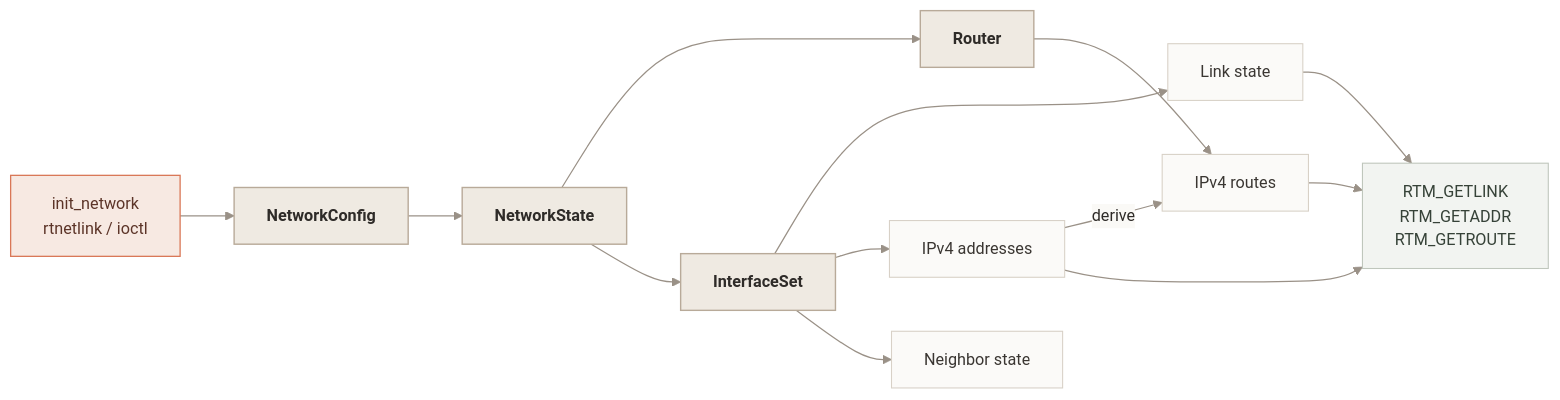
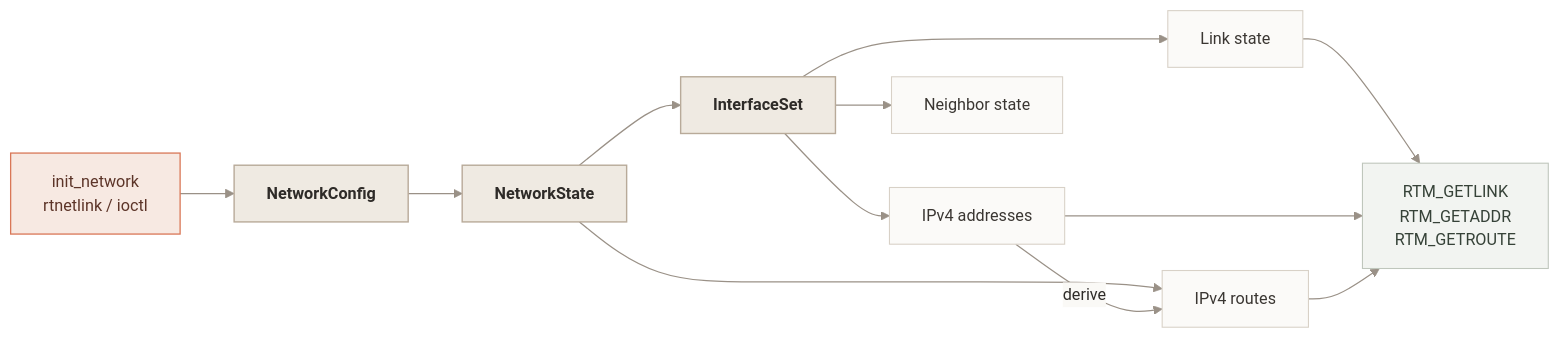
One commit to edidada/x-kernel changed the fourth of 5 diagrams in net/knet/docs/design.md. Above: the diagram before and after it, drawn with Mermaid. The commit also changed other lines of this file and 1 other file, not shown here.

````diff
--- a/net/knet/docs/design.md
+++ b/net/knet/docs/design.md
@@ -512,57 +453,56 @@
 ```mermaid
 %%{init: {
   "theme": "base",
   "themeVariables": {
     "fontFamily": "Inter, ui-sans-serif, system-ui, sans-serif",
     "fontSize": "15px",
     "background": "#FAF9F6",
     "primaryColor": "#F5F2EC",
     "primaryBorderColor": "#CFC8BD",
     "primaryTextColor": "#2E2B28",
     "lineColor": "#9A9187",
     "edgeLabelBackground": "#FAF9F6"
   }
 }}%%
 
 flowchart LR
 
     CONFIG["init_network<br/>rtnetlink / ioctl"]
     SERVICE["NetworkConfig"]
-    ROUTER["Router"]
-    IO["NetworkState"]
+    ROUTER["NetworkState"]
     INTERFACES["InterfaceSet"]
 
     LINK["Link state"]
     ADDR["IPv4 addresses"]
     ROUTE["IPv4 routes"]
     NEIGH["Neighbor state"]
 
     QUERY["RTM_GETLINK<br/>RTM_GETADDR<br/>RTM_GETROUTE"]
 
     CONFIG --> SERVICE
-    SERVICE --> IO
-    IO --> ROUTER & INTERFACES
+    SERVICE --> ROUTER
+    ROUTER --> INTERFACES
 
     INTERFACES --> LINK
     INTERFACES --> ADDR
     ROUTER --> ROUTE
     INTERFACES --> NEIGH
 
     ADDR -->|"derive"| ROUTE
 
     LINK --> QUERY
     ADDR --> QUERY
     ROUTE --> QUERY
 
     classDef entry fill:#F7E9E2,stroke:#D97757,stroke-width:1.2px,color:#5C3428;
     classDef core fill:#EFEAE2,stroke:#B8AA99,stroke-width:1.3px,color:#2E2B28,font-weight:600;
     classDef state fill:#FBFAF8,stroke:#D8D1C7,stroke-width:1px,color:#3A3632;
     classDef query fill:#F2F4F1,stroke:#BFC6BC,stroke-width:1px,color:#364238;
 
     class CONFIG entry;
-    class SERVICE,IO,ROUTER,INTERFACES core;
+    class SERVICE,ROUTER,INTERFACES core;
     class LINK,ADDR,ROUTE,NEIGH state;
     class QUERY query;
 
     linkStyle default stroke:#9A9187,stroke-width:1.15px;
 ```
````
